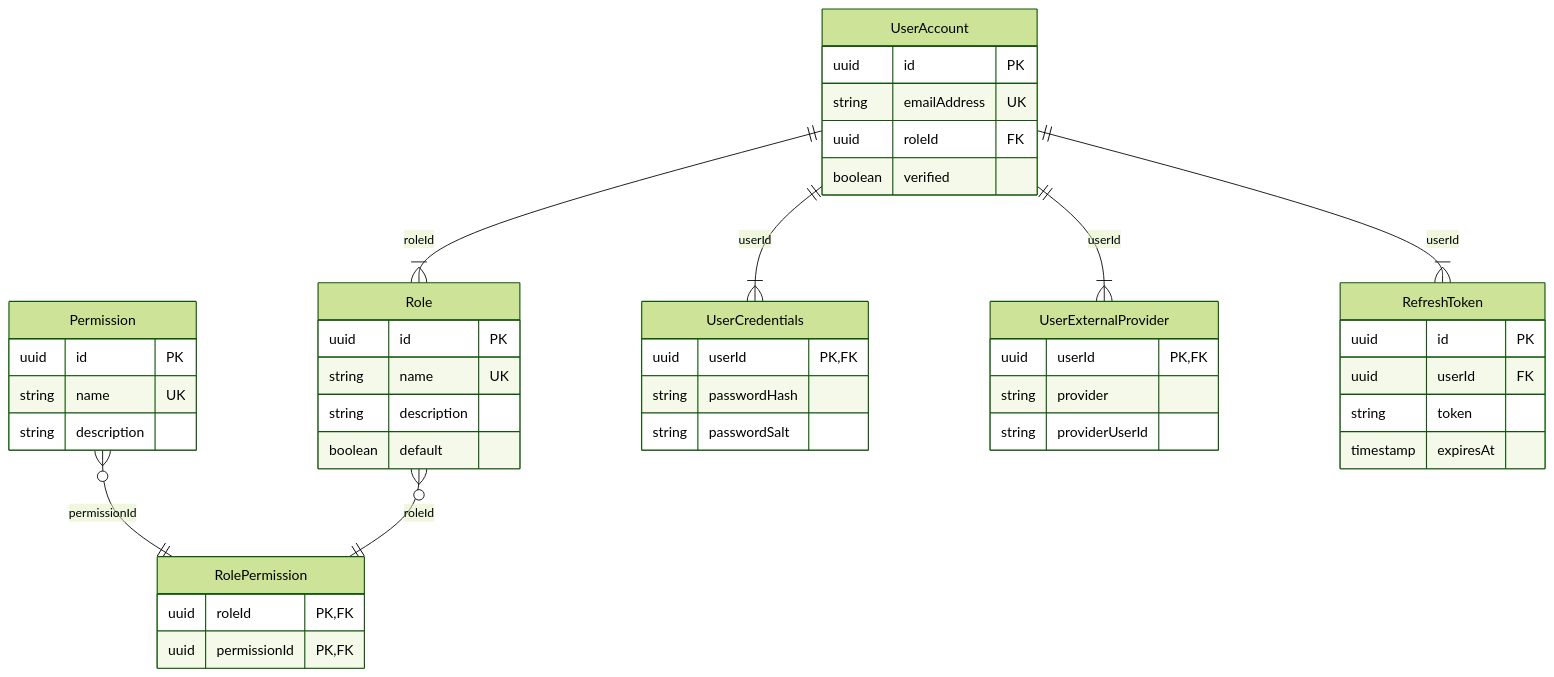
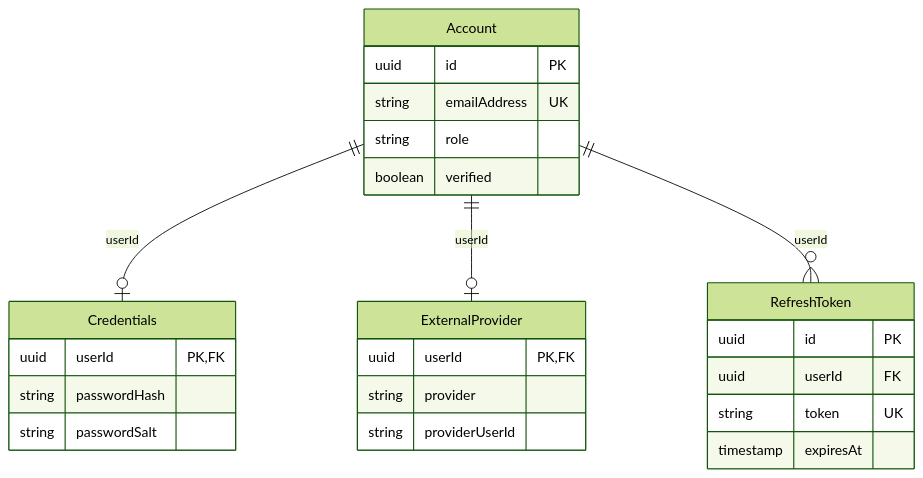
One commit to mrcatlait/neko-music changed the diagram in apps/server/docs/database/auth.md. Above: the diagram before and after it, drawn with Mermaid (forest theme). The commit also changed other lines of this file and 90 other files, not shown here.

````diff
--- a/apps/server/docs/database/auth.md
+++ b/apps/server/docs/database/auth.md
@@ -1,52 +3,31 @@
 ```mermaid
 erDiagram
-  Permission {
-    uuid id PK
-    string name UK
-    string description
-  }
-  Permission many(0)--|| RolePermission : permissionId
-
-  Role {
-    uuid id PK
-    string name UK
-    string description
-    boolean default
-  }
-  Role many(0)--|| RolePermission : roleId
-
-  RolePermission {
-    uuid roleId PK,FK
-    uuid permissionId PK,FK
-  }
-
-  UserAccount {
+  Account {
     uuid id PK
     string emailAddress UK
-    uuid roleId FK
+    string role
     boolean verified
   }
-  UserAccount ||--many(1) UserCredentials : userId
-  UserAccount ||--many(1) UserExternalProvider : userId
-  UserAccount ||--many(1) RefreshToken : userId
-  UserAccount ||--many(1) Role : roleId
+  Account ||--o| Credentials : userId
+  Account ||--o| ExternalProvider : userId
+  Account ||--o{ RefreshToken : userId
 
-  UserCredentials {
+  Credentials {
     uuid userId PK,FK
     string passwordHash
     string passwordSalt
   }
 
-  UserExternalProvider {
+  ExternalProvider {
     uuid userId PK,FK
     string provider
     string providerUserId
   }
 
   RefreshToken {
     uuid id PK
     uuid userId FK
-    string token
+    string token UK
     timestamp expiresAt
   }
 ```
````
